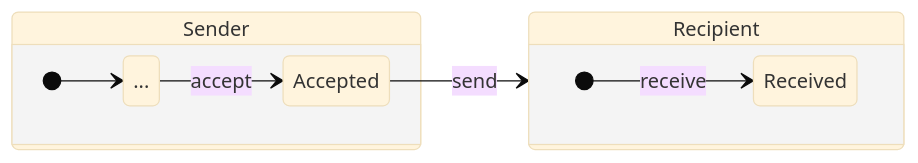
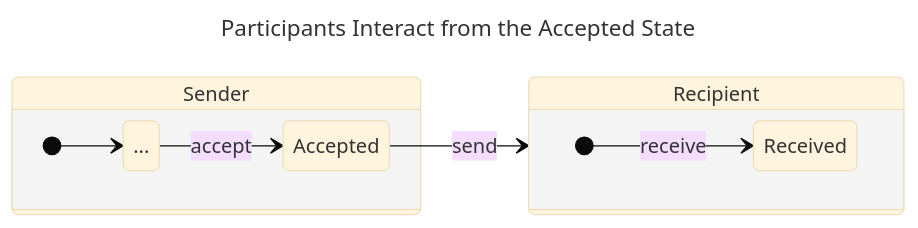
One commit to CERTCC/Vultron changed the fourth of 5 diagrams in docs/process_models/rm/index.md. Above: the diagram before and after it, drawn with Mermaid (base theme). The commit also changed other lines of this file and 4 other files, not shown here.

Commit message:
add some diagram titles

````diff
--- a/docs/process_models/rm/index.md
+++ b/docs/process_models/rm/index.md
@@ -477,15 +486,18 @@
 ```mermaid
+---
+title: Participants Interact from the Accepted State
+---
 stateDiagram-v2
     direction LR
     state Sender {
         direction LR
         other: ...
         [*] --> other
         other --> Accepted: accept
     }
     state Recipient {
         direction LR
         [*] --> Received: receive
     }
     Accepted --> Recipient: send
 ```
````
